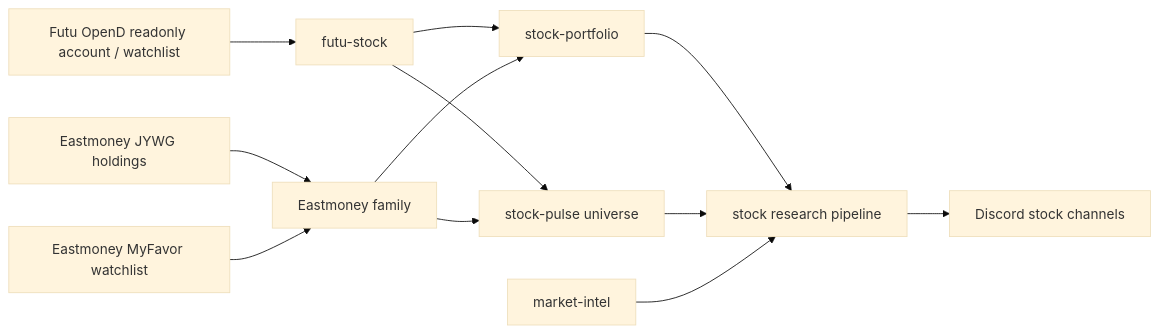
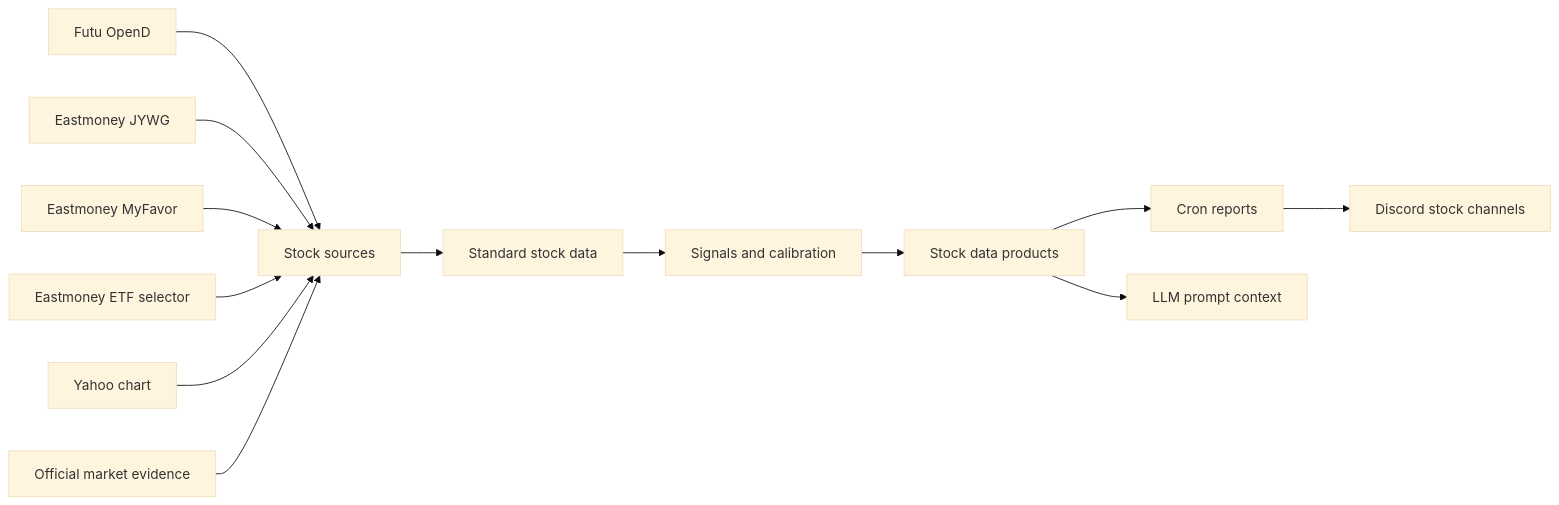
One commit to yuanyunfan/miniclaw changed the diagram in docs/providers/stock/README.md. Above: the diagram before and after it, drawn with Mermaid (base theme). The commit also changed other lines of this file and 23 other files, not shown here.

First line of the commit message:
docs: reorganize stock data docs

````diff
--- a/docs/providers/stock/README.md
+++ b/docs/providers/stock/README.md
@@ -7,14 +7,16 @@
 ```mermaid
 flowchart LR
-  Futu[Futu OpenD readonly account / watchlist] --> FutuProvider[futu-stock]
-  EastmoneyJYWG[Eastmoney JYWG holdings] --> Eastmoney[Eastmoney family]
-  EastmoneyMyFavor[Eastmoney MyFavor watchlist] --> Eastmoney
-  FutuProvider --> Portfolio[stock-portfolio]
-  Eastmoney --> Portfolio
-  FutuProvider --> Pulse[stock-pulse universe]
-  Eastmoney --> Pulse
-  Portfolio --> Research[stock research pipeline]
-  Pulse --> Research
-  MarketIntel[market-intel] --> Research
-  Research --> Discord[Discord stock channels]
+  Futu[Futu OpenD] --> Sources[Stock sources]
+  JYWG[Eastmoney JYWG] --> Sources
+  MyFavor[Eastmoney MyFavor] --> Sources
+  ETF[Eastmoney ETF selector] --> Sources
+  Yahoo[Yahoo chart] --> Sources
+  Official[Official market evidence] --> Sources
+
+  Sources --> Data[Standard stock data]
+  Data --> Signals[Signals and calibration]
+  Signals --> Products[Stock data products]
+  Products --> Cron[Cron reports]
+  Products --> Prompt[LLM prompt context]
+  Cron --> Discord[Discord stock channels]
 ```
````
